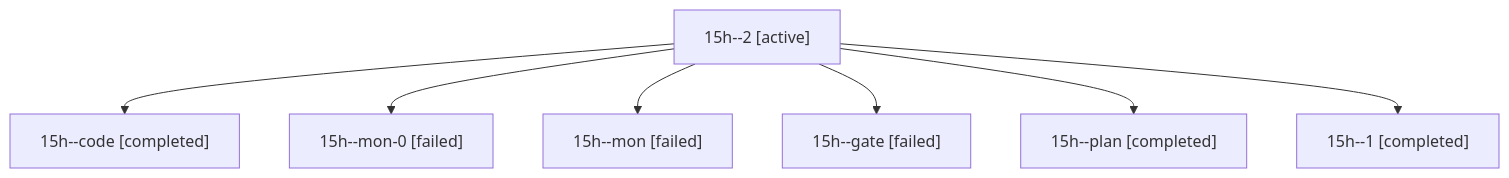
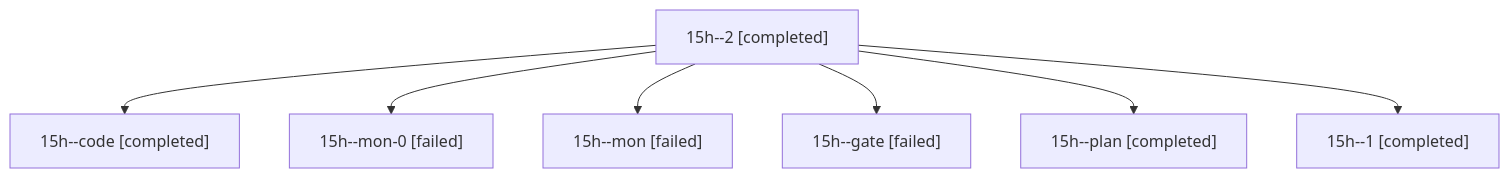
Before and after one commit to bobs-org/bob-cli--agents: the diagram in sessions/bbugyi200.athena.15h.md, drawn with Mermaid. The commit also changed other lines of this file and 11 other files, not shown here.

````diff
--- a/sessions/bbugyi200.athena.15h.md
+++ b/sessions/bbugyi200.athena.15h.md
@@ -9,16 +9,16 @@
 ```mermaid
 flowchart TD
-  n0["15h--2 [active]"]
+  n0["15h--2 [completed]"]
   n1["15h--code [completed]"]
   n0 --> n1
   n2["15h--mon-0 [failed]"]
   n0 --> n2
   n3["15h--mon [failed]"]
   n0 --> n3
   n4["15h--gate [failed]"]
   n0 --> n4
   n5["15h--plan [completed]"]
   n0 --> n5
   n6["15h--1 [completed]"]
   n0 --> n6
 ```
````
